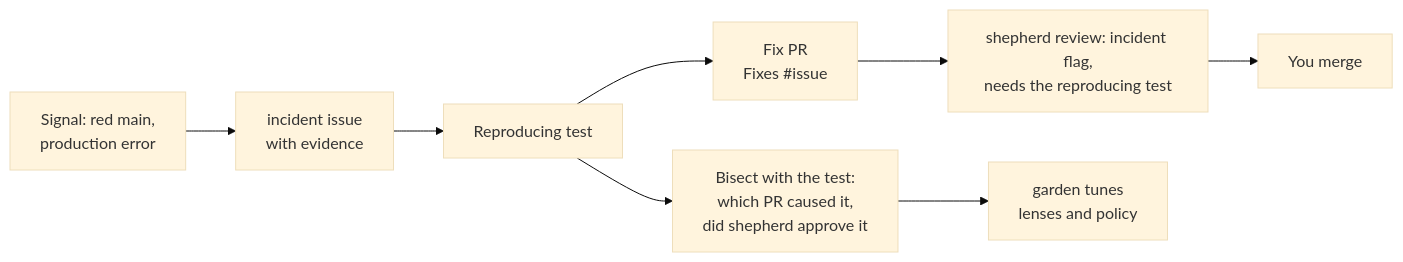
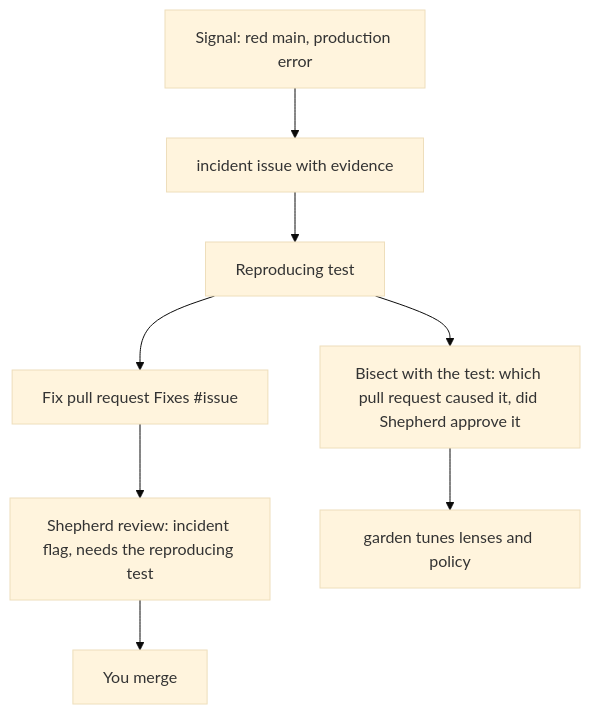
One commit to jagreehal/shepherd changed the diagram in docs/src/content/docs/guides/incidents.md. Above: the diagram before and after it, drawn with Mermaid (base theme). The commit also changed other lines of this file and 41 other files, not shown here.

````diff
--- a/docs/src/content/docs/guides/incidents.md
+++ b/docs/src/content/docs/guides/incidents.md
@@ -7,10 +39,10 @@
 ```mermaid
-flowchart LR
-    S[Signal: red main,<br/>production error] --> I[incident issue<br/>with evidence]
+flowchart TD
+    S[Signal: red main, production error] --> I[incident issue with evidence]
     I --> T[Reproducing test]
-    T --> B[Bisect with the test:<br/>which PR caused it,<br/>did shepherd approve it]
-    T --> F[Fix PR<br/>Fixes #issue]
-    F --> ST[shepherd review: incident flag,<br/>needs the reproducing test]
+    T --> B[Bisect with the test: which pull request caused it, did Shepherd approve it]
+    T --> F[Fix pull request Fixes #issue]
+    F --> ST[Shepherd review: incident flag, needs the reproducing test]
     ST --> M[You merge]
-    B --> G[garden tunes<br/>lenses and policy]
+    B --> G[garden tunes lenses and policy]
 ```
````
